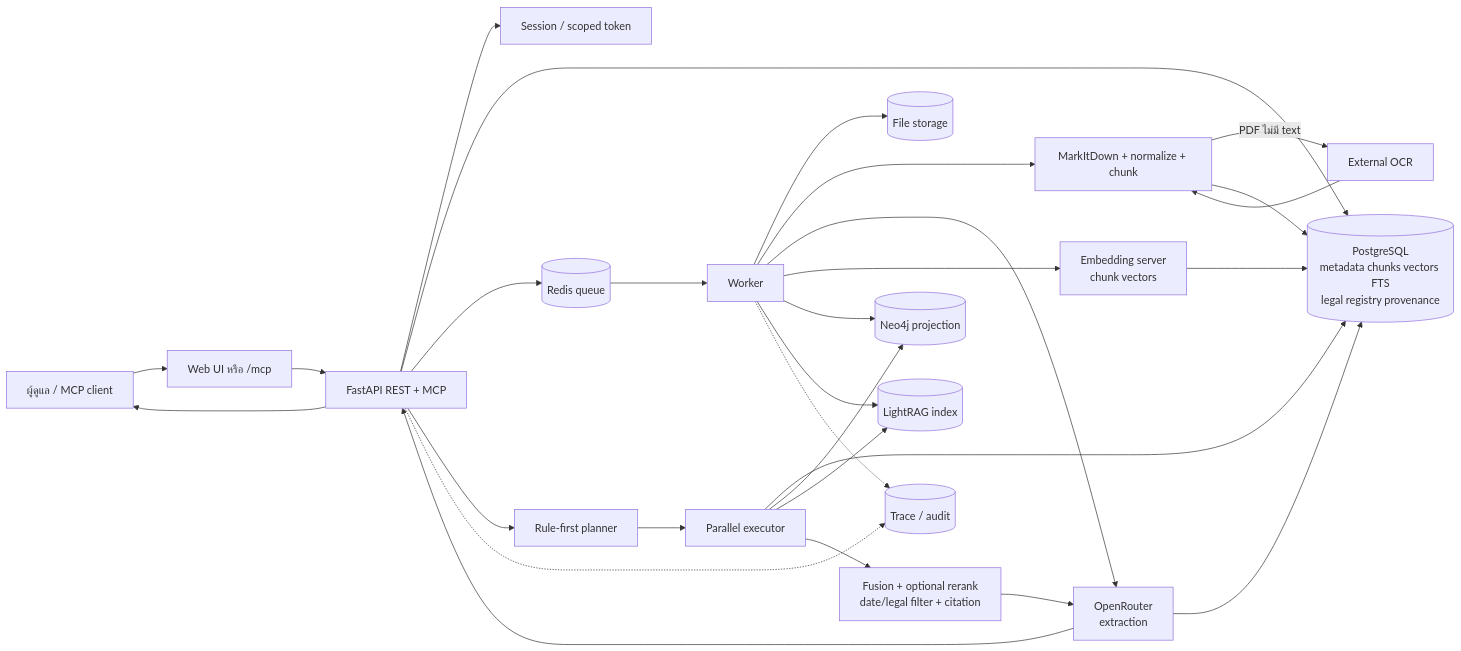
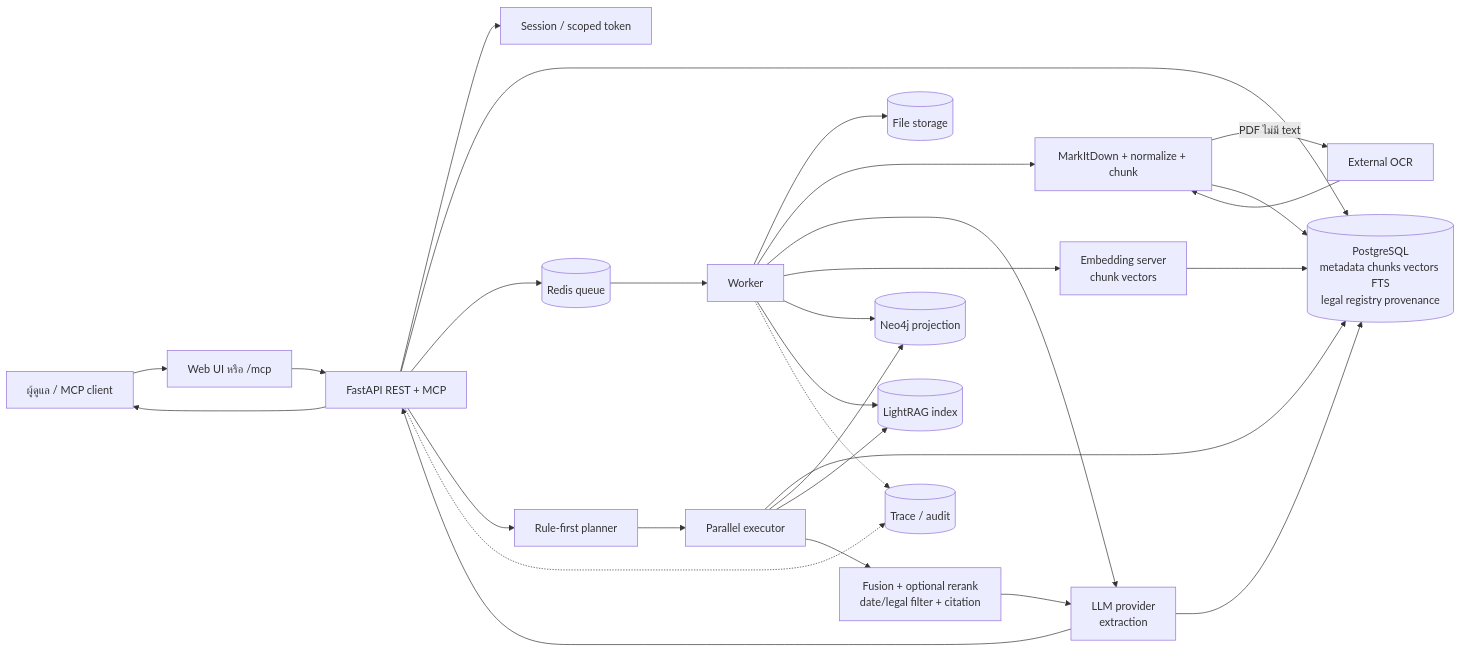
One commit to rujirapongsn2/Softnix_Knowledge_Intelligence changed the diagram in docs/DATA_FLOW.md. Above: the diagram before and after it, drawn with Mermaid. The commit also changed other lines of this file and 39 other files, not shown here.

First line of the commit message:
Talk to any OpenAI-compatible LLM provider, not only OpenRouter (api)

````diff
--- a/docs/DATA_FLOW.md
+++ b/docs/DATA_FLOW.md
@@ -5,31 +5,31 @@
 ```mermaid
 flowchart LR
   U[ผู้ดูแล / MCP client] --> Web[Web UI หรือ /mcp]
   Web --> API[FastAPI REST + MCP]
   API --> Auth[Session / scoped token]
   API --> PG[(PostgreSQL<br/>metadata chunks vectors FTS<br/>legal registry provenance)]
   API --> Q[(Redis queue)]
   Q --> W[Worker]
   W --> F[(File storage)]
   W --> E[MarkItDown + normalize + chunk]
   E -->|PDF ไม่มี text| OCR[External OCR]
   OCR --> E
   E --> PG
-  W --> LLM[OpenRouter<br/>extraction]
+  W --> LLM[LLM provider<br/>extraction]
   LLM --> PG
   W --> EMB[Embedding server<br/>chunk vectors]
   EMB --> PG
   W --> N[(Neo4j projection)]
   W --> R[(LightRAG index)]
   API --> P[Rule-first planner]
   P --> X[Parallel executor]
   X --> PG
   X --> N
   X --> R
   X --> FUSE[Fusion + optional rerank<br/>date/legal filter + citation]
   FUSE --> LLM
   LLM --> API
   API --> U
   API -.-> T[(Trace / audit)]
   W -.-> T
 ```
````
